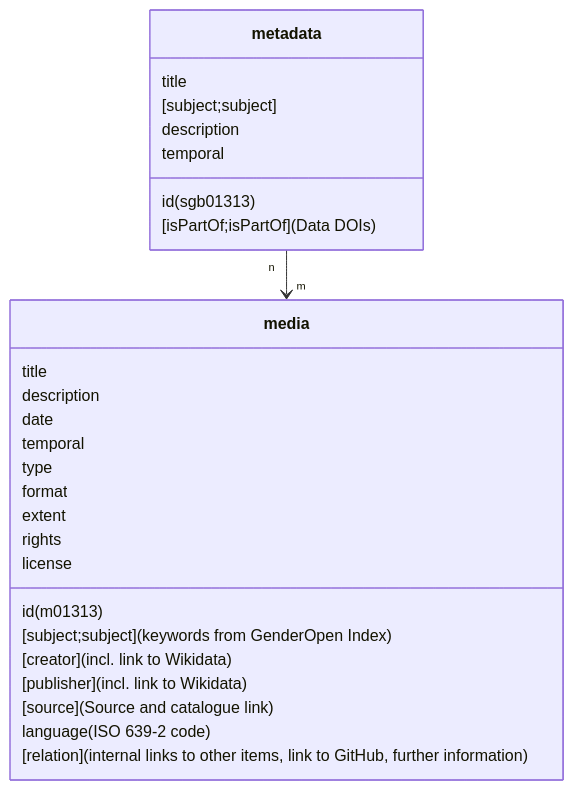
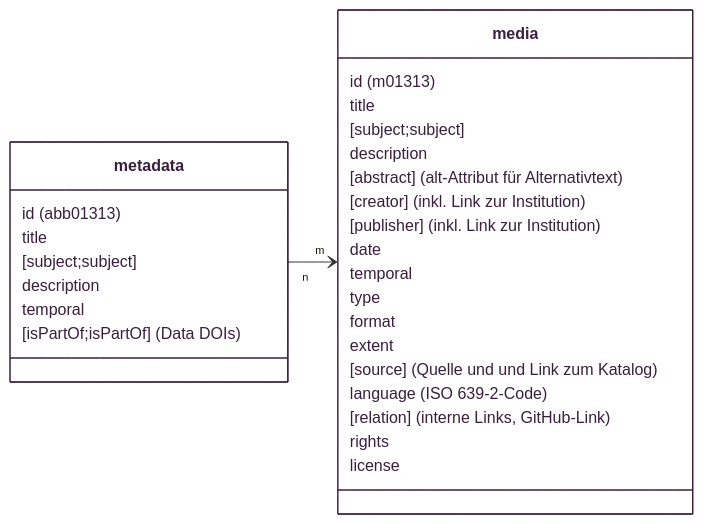
Before and after one commit to Stadt-Geschichte-Basel/forschung.stadtgeschichtebasel.ch: the diagram in README.md, drawn with Mermaid. The commit also changed 2 other files, not shown here.

Commit message:
feat: update datamodel visualisations

````diff
--- a/README.md
+++ b/README.md
@@ -56,30 +56,34 @@
 ```mermaid
-classDiagram
-    class metadata {
-        id (sgb01313)
-        title
-        [subject;subject]
-        description
-        temporal
-        [isPartOf;isPartOf] (Data DOIs)
-    }
-    class media {
-        id (m01313)
-        title
-        [subject;subject] (keywords from GenderOpen Index)
-        description
-        [creator] (incl. link to Wikidata)
-        [publisher] (incl. link to Wikidata)
-        date
-        temporal
-        type
-        format
-        extent
-        [source] (Source and catalogue link)
-        language (ISO 639-2 code)
-        [relation] (internal links to other items, link to GitHub, further information)
-        rights
-        license
-    }
+    classDiagram
+    direction LR
+        class metadata {
+            id &lpar;abb01313&rpar;
+            title
+            [subject;subject]
+            description
+            temporal
+            [isPartOf;isPartOf] &lpar;Data DOIs&rpar;
+        }
+        class media {
+            id &lpar;m01313&rpar;
+            title
+            [subject;subject]
+            description
+            [abstract] &lpar;alt-Attribut für Alternativtext&rpar;
+            [creator] &lpar;inkl. Link zur Institution&rpar;
+            [publisher] &lpar;inkl. Link zur Institution&rpar;
+            date
+            temporal
+            type
+            format
+            extent
+            [source] &lpar;Quelle und und Link zum Katalog&rpar;
+            language &lpar;ISO 639-2-Code&rpar;
+            [relation] &lpar;interne Links, GitHub-Link&rpar;
+            rights
+            license
+        }
     metadata "n" --> "m" media
+    style metadata stroke:#3a1e3e,fill:#fff,color:#3a1e3e
+    style media stroke:#3a1e3e,fill:#fff,color:#3a1e3e
 ```
````
